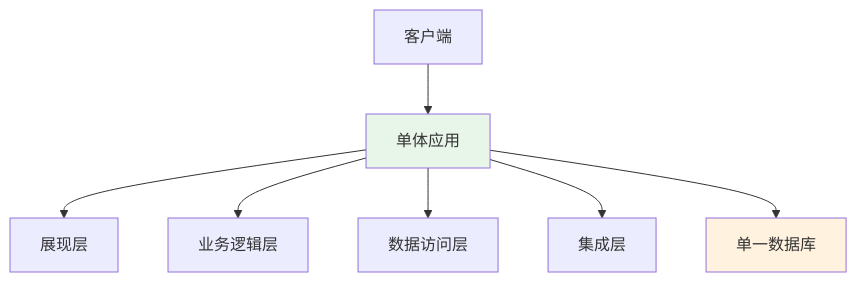
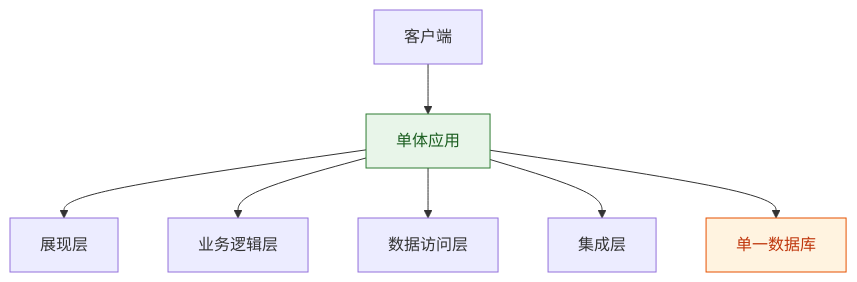
The first of 23 diagrams in _posts/2018-12-11-microservices-architecture.md (FreezeSoul/freezesoul.github.com), drawn with Mermaid before and after one commit. The commit also changed other lines of this file and 9 other files, not shown here.

Commit message:
修正mermaid配色与要求

````diff
--- a/_posts/2018-12-11-microservices-architecture.md
+++ b/_posts/2018-12-11-microservices-architecture.md
@@ -27,12 +27,12 @@
 ```mermaid
 graph TD
     A[客户端] --> B[单体应用]
     B --> C[展现层]
     B --> D[业务逻辑层]
     B --> E[数据访问层]
     B --> F[集成层]
     B --> G[单一数据库]
 
-    style B fill:#e8f5e9
-    style G fill:#fff3e0
+    style B fill:#e8f5e9,stroke:#2e7d32,color:#1b5e20
+    style G fill:#fff3e0,stroke:#e65100,color:#bf360c
 ```
````
